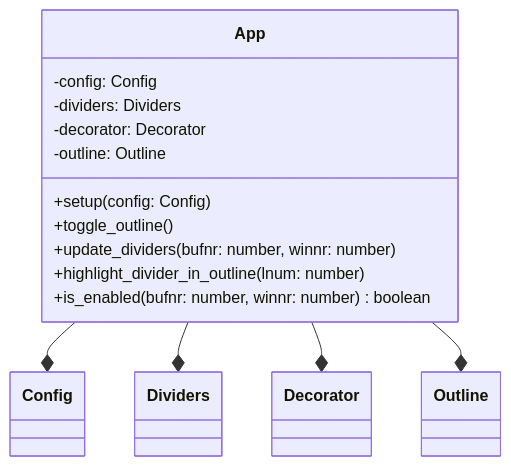
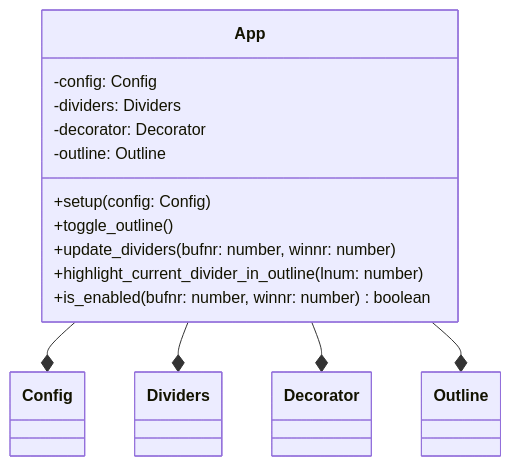
Before and after one commit to niuiic/divider.nvim: the first of 8 diagrams in DESIGN.md, drawn with Mermaid. The commit also changed 5 other files, not shown here.

````diff
--- a/DESIGN.md
+++ b/DESIGN.md
@@ -32,19 +32,19 @@
 ```mermaid
 classDiagram
     App --* Config
     App --* Dividers
     App --* Decorator
     App --* Outline
     class App {
         -config: Config
         -dividers: Dividers
         -decorator: Decorator
         -outline: Outline
 
         +setup(config: Config)
         +toggle_outline()
         +update_dividers(bufnr: number, winnr: number)
-        +highlight_divider_in_outline(lnum: number)
+        +highlight_current_divider_in_outline(lnum: number)
         +is_enabled(bufnr: number, winnr: number) boolean
     }
 ```
````
